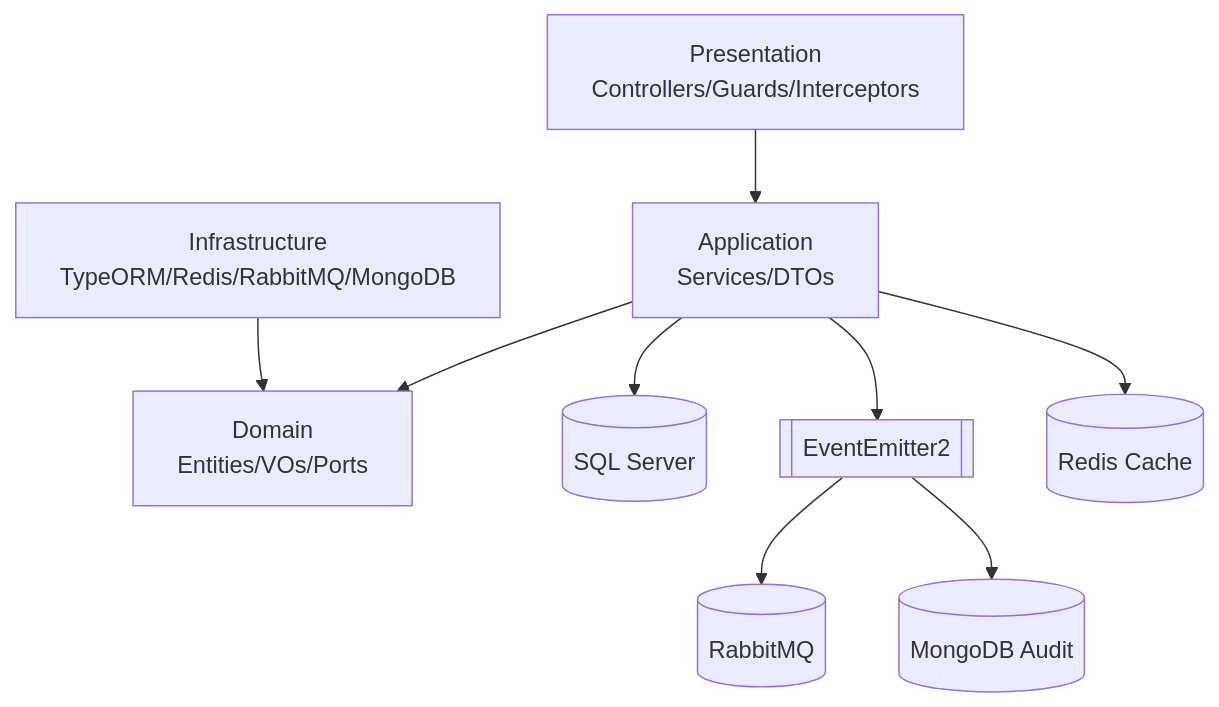
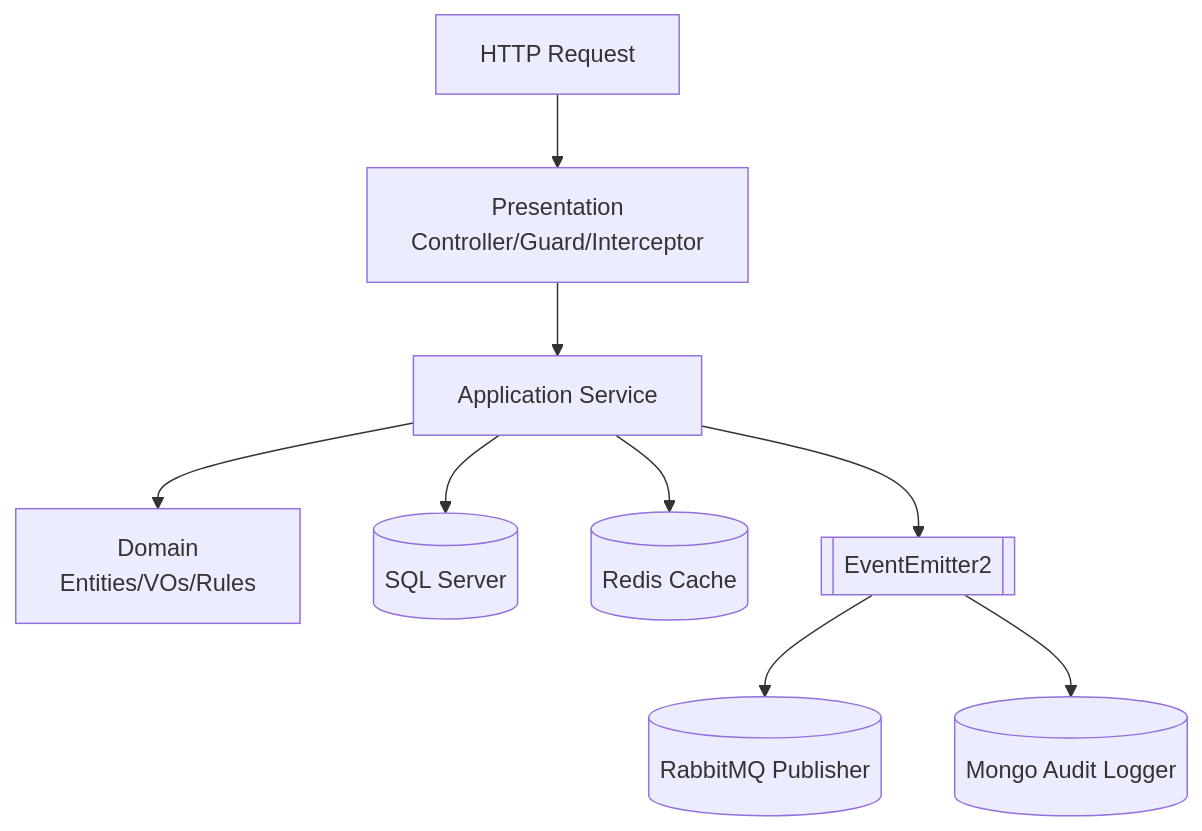
The diagram in README.md (Daniel-Q-Reis/aivacol_api), drawn with Mermaid before and after one commit. The commit also changed other lines of this file, not shown here.

````diff
--- a/README.md
+++ b/README.md
@@ -137,11 +208,11 @@
 ```mermaid
 flowchart TD
-  A[Presentation<br/>Controllers/Guards/Interceptors] --> B[Application<br/>Services/DTOs]
-  B --> C[Domain<br/>Entities/VOs/Ports]
-  D[Infrastructure<br/>TypeORM/Redis/RabbitMQ/MongoDB] --> C
-  B --> E[(SQL Server)]
-  B --> F[[EventEmitter2]]
-  F --> G[(RabbitMQ)]
-  F --> H[(MongoDB Audit)]
-  B --> I[(Redis Cache)]
+  A[HTTP Request] --> B[Presentation<br/>Controller/Guard/Interceptor]
+  B --> C[Application Service]
+  C --> D[Domain<br/>Entities/VOs/Rules]
+  C --> E[(SQL Server)]
+  C --> F[(Redis Cache)]
+  C --> G[[EventEmitter2]]
+  G --> H[(RabbitMQ Publisher)]
+  G --> I[(Mongo Audit Logger)]
 ```
````
